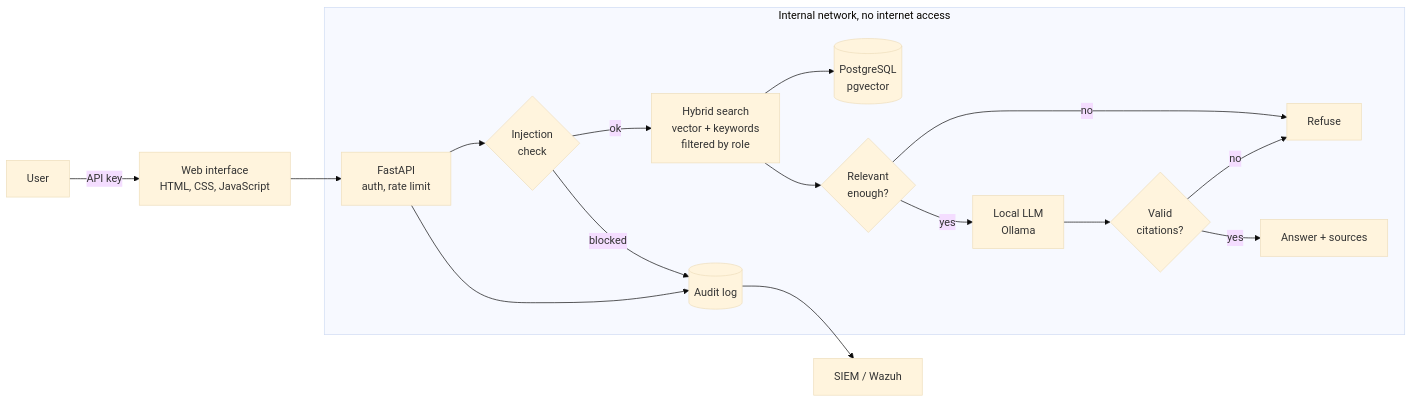
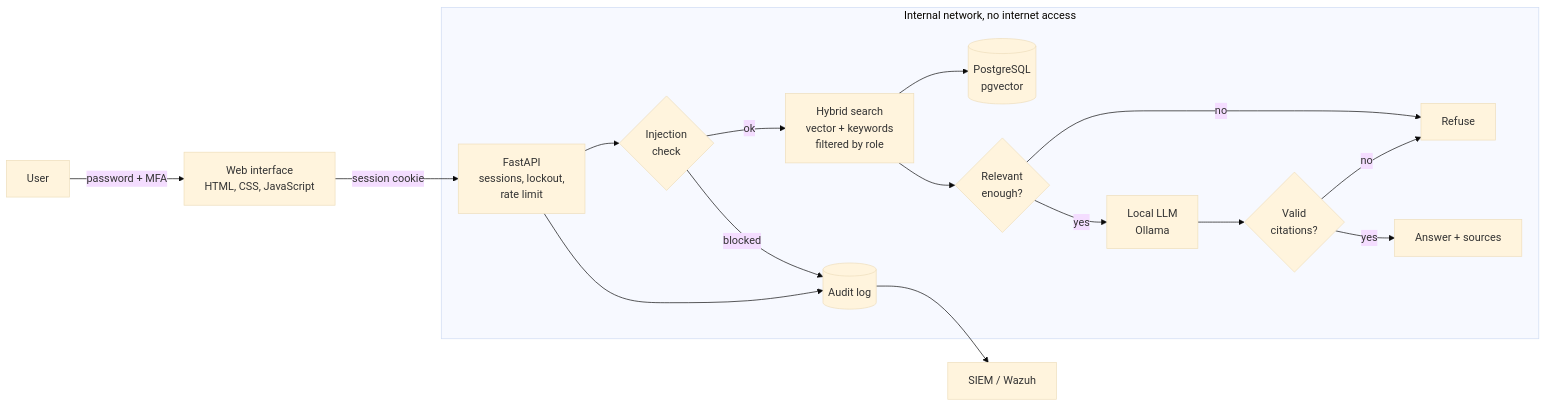
Before and after one commit to ahmedbmohamed/secure-rag-assistant: the first of 2 diagrams in README.md, drawn with Mermaid (base theme). The commit also changed other lines of this file and 39 other files, not shown here.

````diff
--- a/README.md
+++ b/README.md
@@ -21,19 +22,19 @@
 ```mermaid
 flowchart LR
-    U[User] -->|API key| UI[Web interface<br/>HTML, CSS, JavaScript]
-    UI --> API[FastAPI<br/>auth, rate limit]
+    U[User] -->|password + MFA| UI[Web interface<br/>HTML, CSS, JavaScript]
+    UI -->|session cookie| API[FastAPI<br/>sessions, lockout,<br/>rate limit]
     subgraph backend [Internal network, no internet access]
         API --> G1{Injection<br/>check}
         G1 -- blocked --> LOG[(Audit log)]
         G1 -- ok --> R[Hybrid search<br/>vector + keywords<br/>filtered by role]
         R --> DB[(PostgreSQL<br/>pgvector)]
         R --> T{Relevant<br/>enough?}
         T -- no --> REF[Refuse]
         T -- yes --> LLM[Local LLM<br/>Ollama]
         LLM --> C{Valid<br/>citations?}
         C -- yes --> A[Answer + sources]
         C -- no --> REF
     end
     API --> LOG
     LOG --> SIEM[SIEM / Wazuh]
 ```
````
